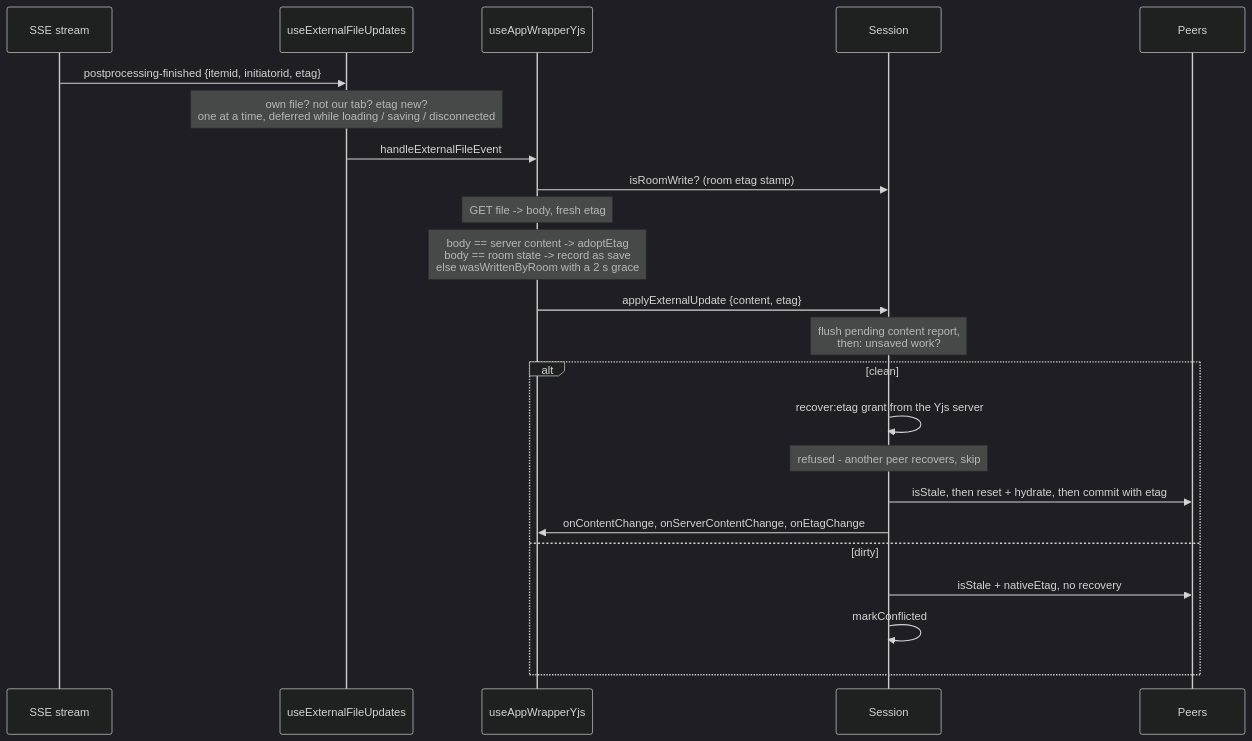
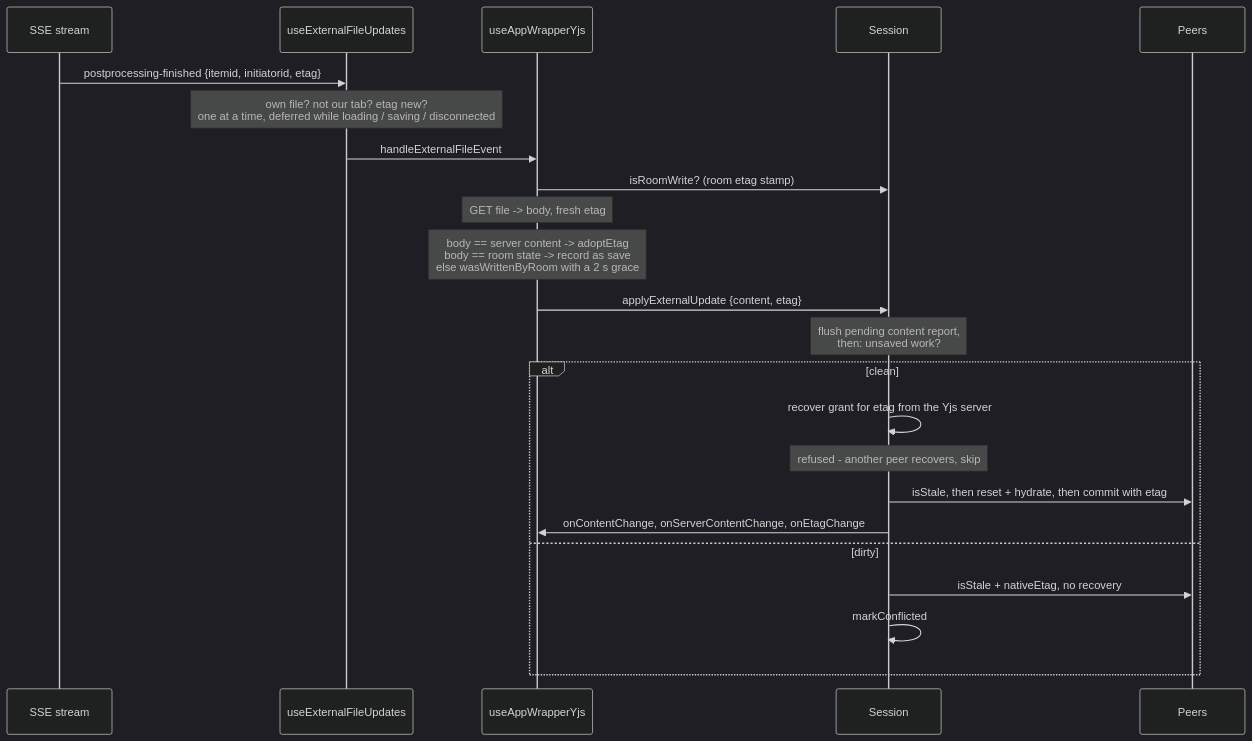
Before and after one commit to opencloud-eu/web: the sixth of 7 diagrams in dev/docs/yjs.md, drawn with Mermaid (dark theme). The commit also changed other lines of this file and 6 other files, not shown here.

Commit message:
fix(yjs): scope the recovery grant to the room

````diff
--- a/dev/docs/yjs.md
+++ b/dev/docs/yjs.md
@@ -349,26 +358,26 @@
 ```mermaid
 sequenceDiagram
     participant SSE as SSE stream
     participant EU as useExternalFileUpdates
     participant AW as useAppWrapperYjs
     participant S as Session
     participant P as Peers
 
     SSE->>EU: postprocessing-finished {itemid, initiatorid, etag}
     Note over EU: own file? not our tab? etag new?<br/>one at a time, deferred while loading / saving / disconnected
     EU->>AW: handleExternalFileEvent
     AW->>S: isRoomWrite? (room etag stamp)
     Note over AW: GET file -> body, fresh etag
     Note over AW: body == server content -> adoptEtag<br/>body == room state -> record as save<br/>else wasWrittenByRoom with a 2 s grace
     AW->>S: applyExternalUpdate {content, etag}
     Note over S: flush pending content report,<br/>then: unsaved work?
     alt clean
-        S->>S: recover:etag grant from the Yjs server
+        S->>S: recover grant for etag from the Yjs server
         Note over S: refused - another peer recovers, skip
         S->>P: isStale, then reset + hydrate, then commit with etag
         S->>AW: onContentChange, onServerContentChange, onEtagChange
     else dirty
         S->>P: isStale + nativeEtag, no recovery
         S->>S: markConflicted
     end
 ```
````
